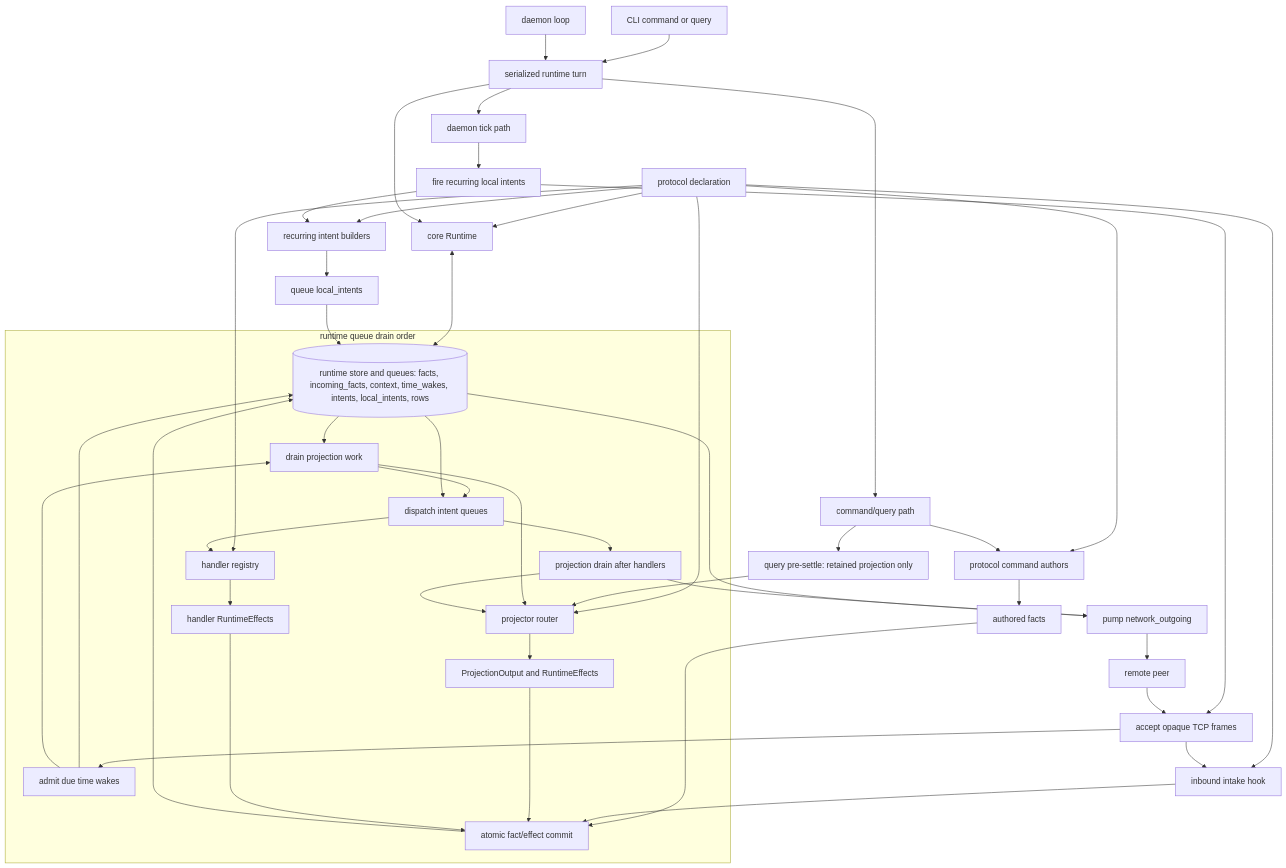
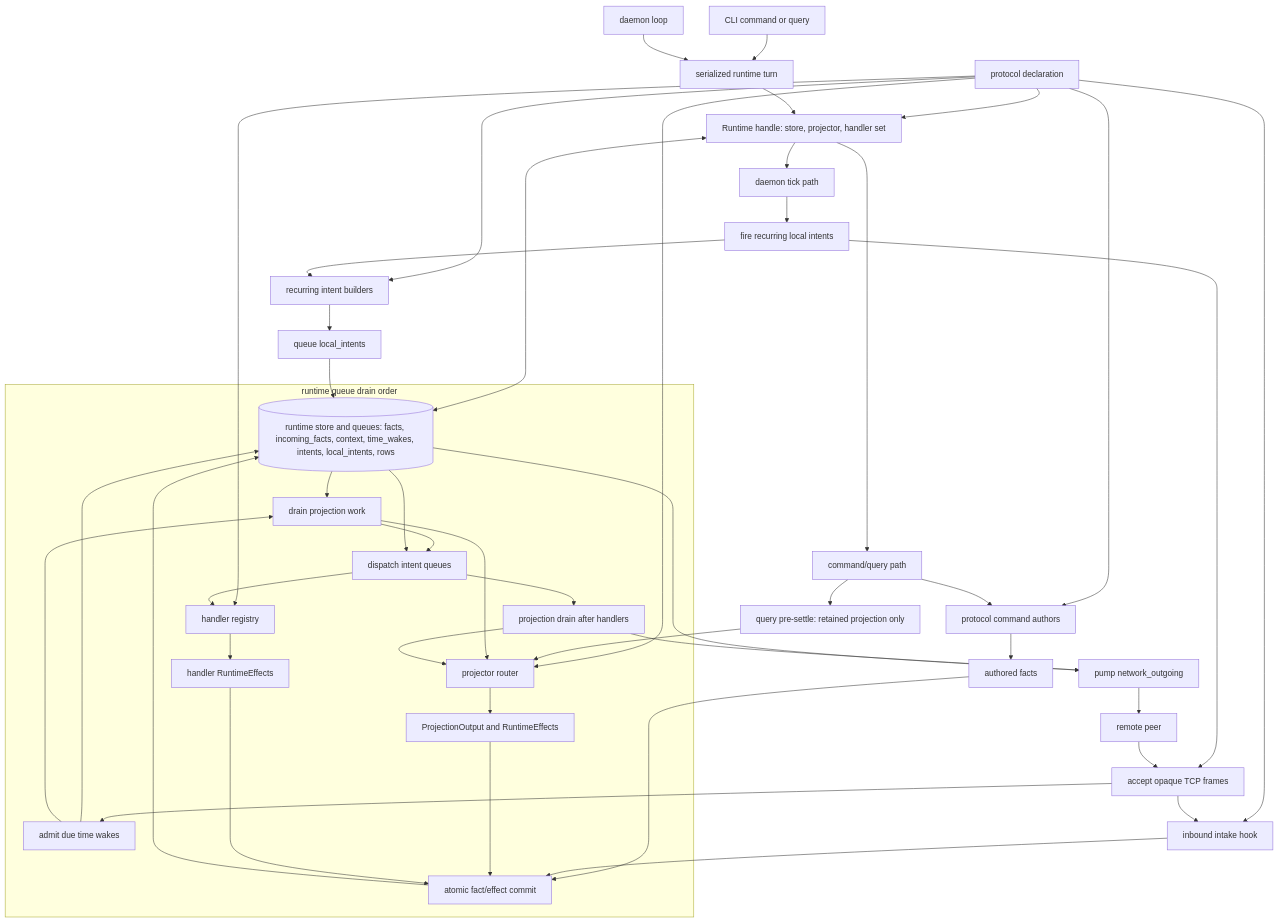
Before and after one commit to holmesworcester/poc-10: the first of 5 diagrams in ARCHITECTURE_DIAGRAMS.md, drawn with Mermaid. The commit also changed other lines of this file and 1 other file, not shown here.

Commit message:
Rework fact lifecycle diagram

````diff
--- a/ARCHITECTURE_DIAGRAMS.md
+++ b/ARCHITECTURE_DIAGRAMS.md
@@ -16,55 +16,55 @@
 ```mermaid
 %%{init: {"flowchart": {"wrappingWidth": 320}} }%%
 flowchart TD
-    DECL["protocol declaration"] --> RUNTIME["core Runtime"]
+    DECL["protocol declaration"] --> RUNTIME["Runtime handle: store, projector, handler set"]
     DECL --> COMMANDS["protocol command authors"]
     DECL --> INTAKE["inbound intake hook"]
     DECL --> PROJECTOR["projector router"]
     DECL --> HANDLERS["handler registry"]
     DECL --> RECURRING["recurring intent builders"]
 
     CLI["CLI command or query"] --> TURN["serialized runtime turn"]
     DAEMON["daemon loop"] --> TURN
     TURN --> RUNTIME
 
     RUNTIME <--> STORE[("runtime store and queues: facts, incoming_facts, context, time_wakes, intents, local_intents, rows")]
 
-    TURN --> COMMAND_PATH["command/query path"]
+    RUNTIME --> COMMAND_PATH["command/query path"]
     COMMAND_PATH --> COMMANDS
     COMMANDS --> COMMAND_FACTS["authored facts"]
     COMMAND_FACTS --> COMMIT["atomic fact/effect commit"]
     COMMAND_PATH --> PREQUERY["query pre-settle: retained projection only"]
     PREQUERY --> PROJECTOR
 
-    TURN --> DAEMON_PATH["daemon tick path"]
+    RUNTIME --> DAEMON_PATH["daemon tick path"]
     DAEMON_PATH --> FIRE["fire recurring local intents"]
     FIRE --> RECURRING
     RECURRING --> LOCAL_QUEUE["queue local_intents"]
     LOCAL_QUEUE --> STORE
     FIRE --> NET_IN["accept opaque TCP frames"]
     NET_IN --> INTAKE
     INTAKE --> COMMIT
     NET_IN --> TIME["admit due time wakes"]
     TIME --> STORE
 
     subgraph DRAIN["runtime queue drain order"]
       TIME --> PROJECTION_A["drain projection work"]
       STORE --> PROJECTION_A
       PROJECTION_A --> PROJECTOR
       PROJECTOR --> PROJECTION_OUT["ProjectionOutput and RuntimeEffects"]
       PROJECTION_OUT --> COMMIT
       PROJECTION_A --> DISPATCH["dispatch intent queues"]
       STORE --> DISPATCH
       DISPATCH --> HANDLERS
       HANDLERS --> HANDLER_OUT["handler RuntimeEffects"]
       HANDLER_OUT --> COMMIT
       DISPATCH --> PROJECTION_B["projection drain after handlers"]
       PROJECTION_B --> PROJECTOR
     end
 
     COMMIT --> STORE
     PROJECTION_B --> NET_OUT["pump network_outgoing"]
     STORE --> NET_OUT
     NET_OUT --> PEER["remote peer"]
     PEER --> NET_IN
 ```
````
